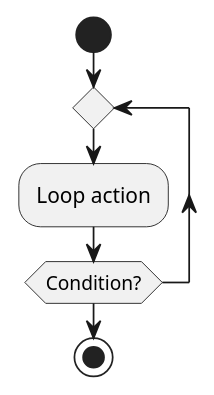
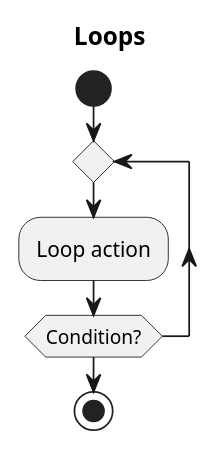
One commit to DenAV/DevOps-Notes changed the fifth of 7 diagrams in Tools/plantuml.md. Above: the diagram before and after it, drawn with PlantUML. The commit also changed other lines of this file and 8 other files, not shown here.

Commit message:
add info about plantuml

````diff
--- a/Tools/plantuml.md
+++ b/Tools/plantuml.md
@@ -65,9 +79,10 @@
 ```plantuml
 @startuml
+title Loops
 start
 repeat
   :Loop action;
 repeat while (Condition?)
 stop
 @enduml
 ```
````
